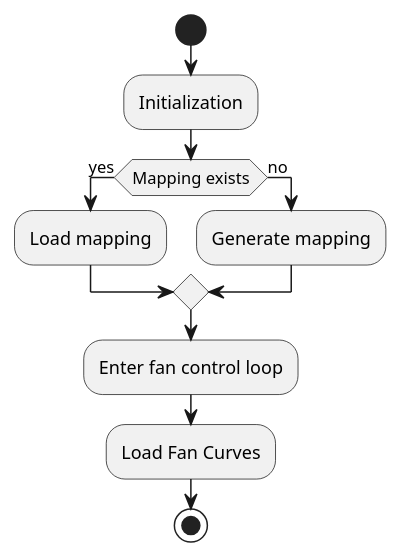
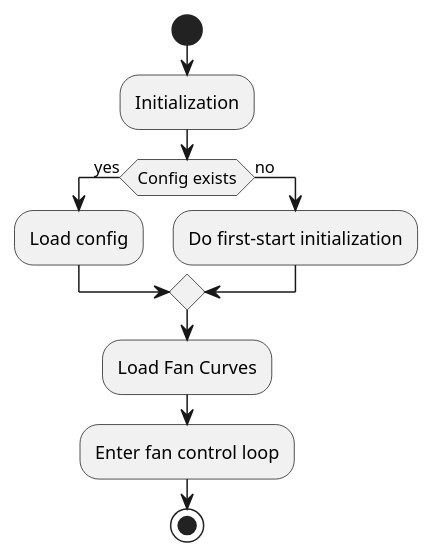
Before and after one commit to Tabascl/fantasize: the diagram in app/doc/ApplicationStart.plantuml, drawn with PlantUML. The commit also changed 27 other files, not shown here.

```diff
--- a/app/doc/ApplicationStart.plantuml
+++ b/app/doc/ApplicationStart.plantuml
@@ -1,17 +1,17 @@
 @startuml
 
 start
 :Initialization;
 
-if (Mapping exists) then (yes)
-  :Load mapping;
+if (Config exists) then (yes)
+  :Load config;
 else (no)
-  :Generate mapping;
+  :Do first-start initialization;
 endif
 
+:Load Fan Curves;
 :Enter fan control loop;
-:Load Fan Curves;
 
 stop
 
 @enduml
```
